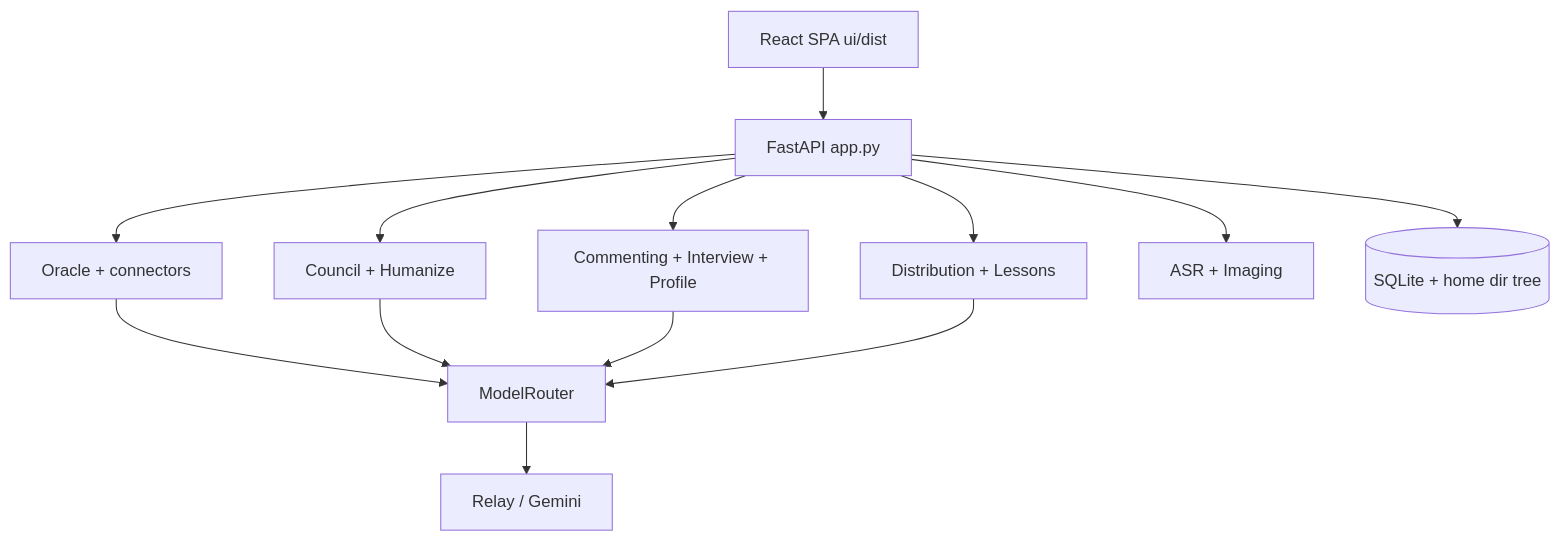
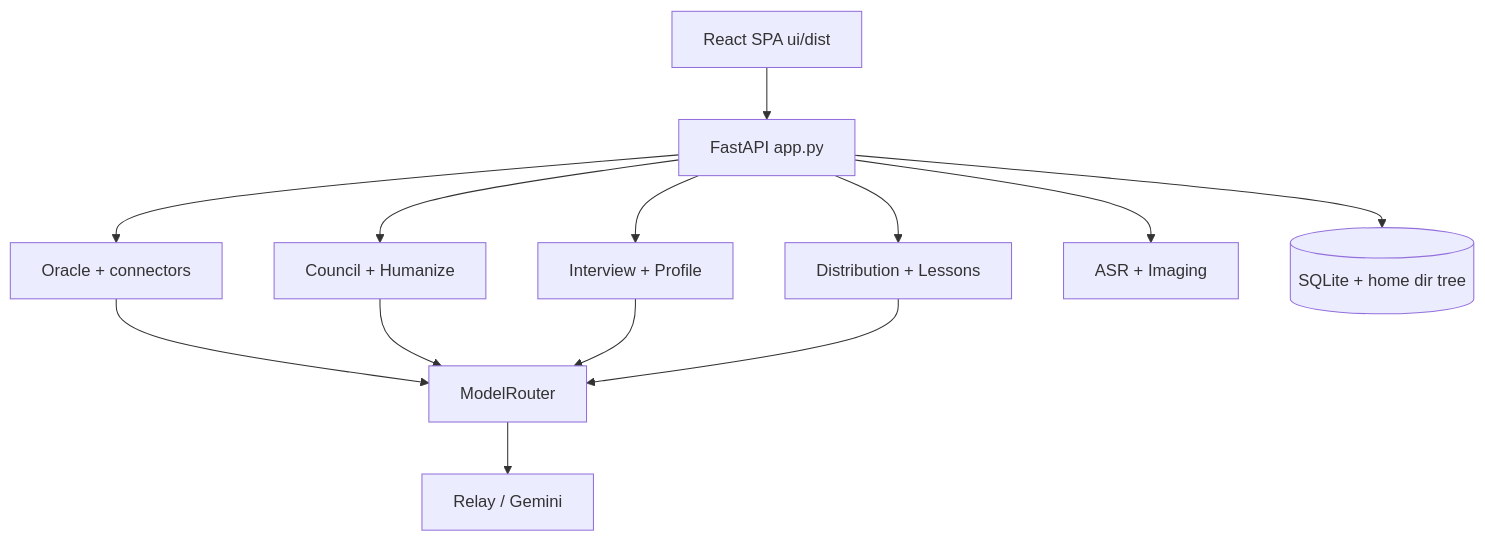
Before and after one commit to prasadrane/Content-Machine: the second of 6 diagrams in ARCHITECTURE.md, drawn with Mermaid. The commit also changed other lines of this file and 89 other files, not shown here.

````diff
--- a/ARCHITECTURE.md
+++ b/ARCHITECTURE.md
@@ -121,15 +121,15 @@
 ```mermaid
 flowchart TB
   UI[React SPA ui/dist] --> API[FastAPI app.py]
   API --> ORC[Oracle + connectors]
   API --> COU[Council + Humanize]
-  API --> COM[Commenting + Interview + Profile]
+  API --> COM[Interview + Profile]
   API --> DST[Distribution + Lessons]
   API --> ASR[ASR + Imaging]
   ORC --> RT[ModelRouter]
   COU --> RT
   COM --> RT
   DST --> RT
   API --> DB[(SQLite + home dir tree)]
   RT --> UP[Relay / Gemini]
 ```
````
